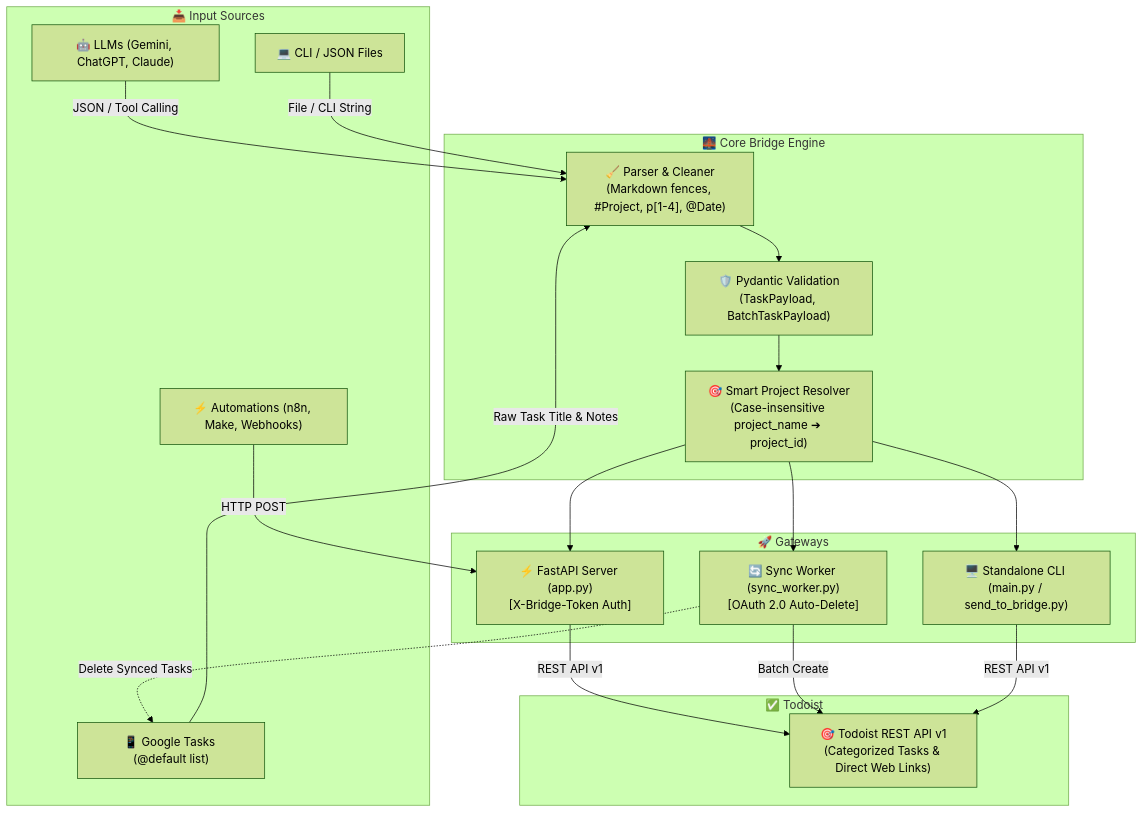
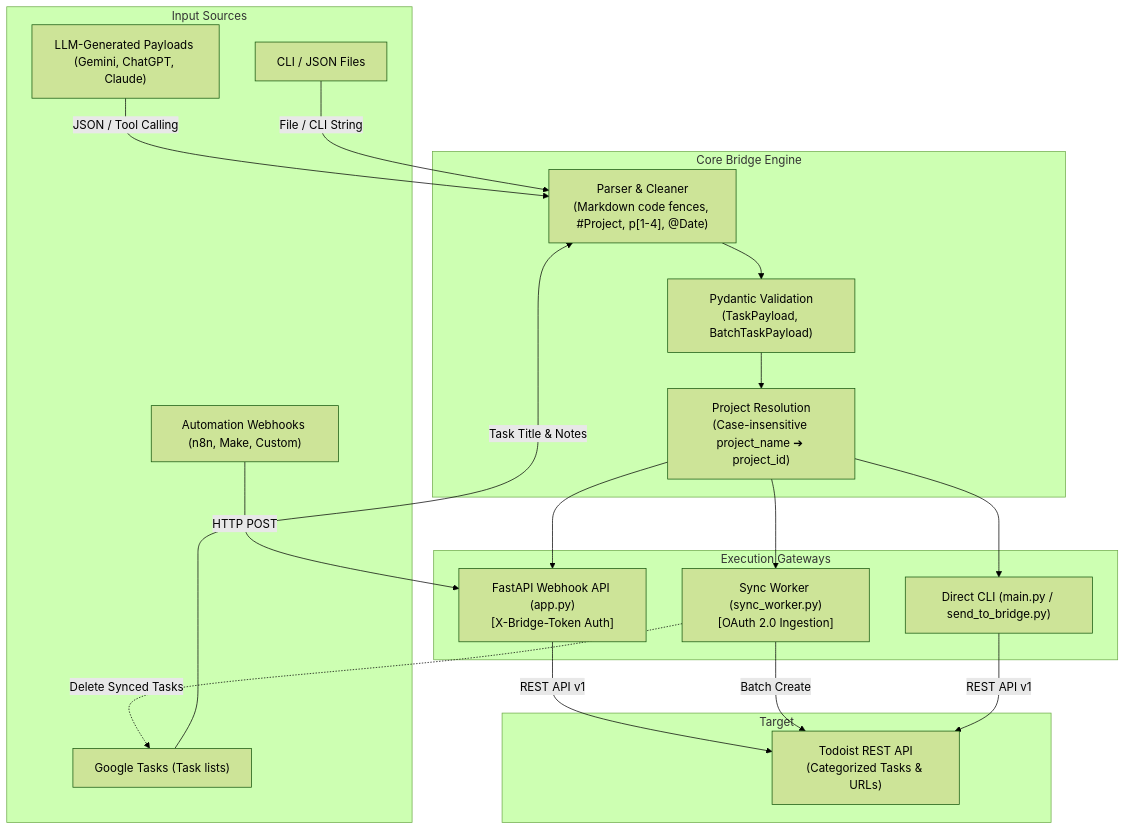
The diagram in README.md (kagankurubas/Todoist-Gemini-Bridge), drawn with Mermaid (forest theme) before and after one commit. The commit also changed other lines of this file, not shown here.

````diff
--- a/README.md
+++ b/README.md
@@ -29,41 +32,41 @@
 ```mermaid
 flowchart TD
-    subgraph Sources["📥 Input Sources"]
-        A1["🤖 LLMs (Gemini, ChatGPT, Claude)"]
-        A2["📱 Google Tasks (@default list)"]
-        A3["⚡ Automations (n8n, Make, Webhooks)"]
-        A4["💻 CLI / JSON Files"]
+    subgraph Sources["Input Sources"]
+        A1["LLM-Generated Payloads (Gemini, ChatGPT, Claude)"]
+        A2["Google Tasks (Task lists)"]
+        A3["Automation Webhooks (n8n, Make, Custom)"]
+        A4["CLI / JSON Files"]
     end
 
-    subgraph CoreBridge["🌉 Core Bridge Engine"]
-        B1["🧹 Parser & Cleaner\n(Markdown fences, #Project, p[1-4], @Date)"]
-        B2["🛡️ Pydantic Validation\n(TaskPayload, BatchTaskPayload)"]
-        B3["🎯 Smart Project Resolver\n(Case-insensitive project_name ➔ project_id)"]
+    subgraph CoreBridge["Core Bridge Engine"]
+        B1["Parser & Cleaner\n(Markdown code fences, #Project, p[1-4], @Date)"]
+        B2["Pydantic Validation\n(TaskPayload, BatchTaskPayload)"]
+        B3["Project Resolution\n(Case-insensitive project_name ➔ project_id)"]
     end
 
-    subgraph Gateways["🚀 Gateways"]
-        C1["⚡ FastAPI Server (app.py)\n[X-Bridge-Token Auth]"]
-        C2["🔄 Sync Worker (sync_worker.py)\n[OAuth 2.0 Auto-Delete]"]
-        C3["🖥️ Standalone CLI (main.py / send_to_bridge.py)"]
+    subgraph Gateways["Execution Gateways"]
+        C1["FastAPI Webhook API (app.py)\n[X-Bridge-Token Auth]"]
+        C2["Sync Worker (sync_worker.py)\n[OAuth 2.0 Ingestion]"]
+        C3["Direct CLI (main.py / send_to_bridge.py)"]
     end
 
-    subgraph Todoist["✅ Todoist"]
-        D["🎯 Todoist REST API v1\n(Categorized Tasks & Direct Web Links)"]
+    subgraph Target["Target"]
+        D["Todoist REST API\n(Categorized Tasks & URLs)"]
     end
 
     A1 -->|JSON / Tool Calling| B1
-    A2 -->|Raw Task Title & Notes| B1
+    A2 -->|Task Title & Notes| B1
     A3 -->|HTTP POST| C1
     A4 -->|File / CLI String| B1
 
     B1 --> B2
     B2 --> B3
     B3 --> C1
     B3 --> C2
     B3 --> C3
 
     C1 -->|REST API v1| D
     C2 -->|Batch Create| D
     C2 -.->|Delete Synced Tasks| A2
     C3 -->|REST API v1| D
 ```
````
